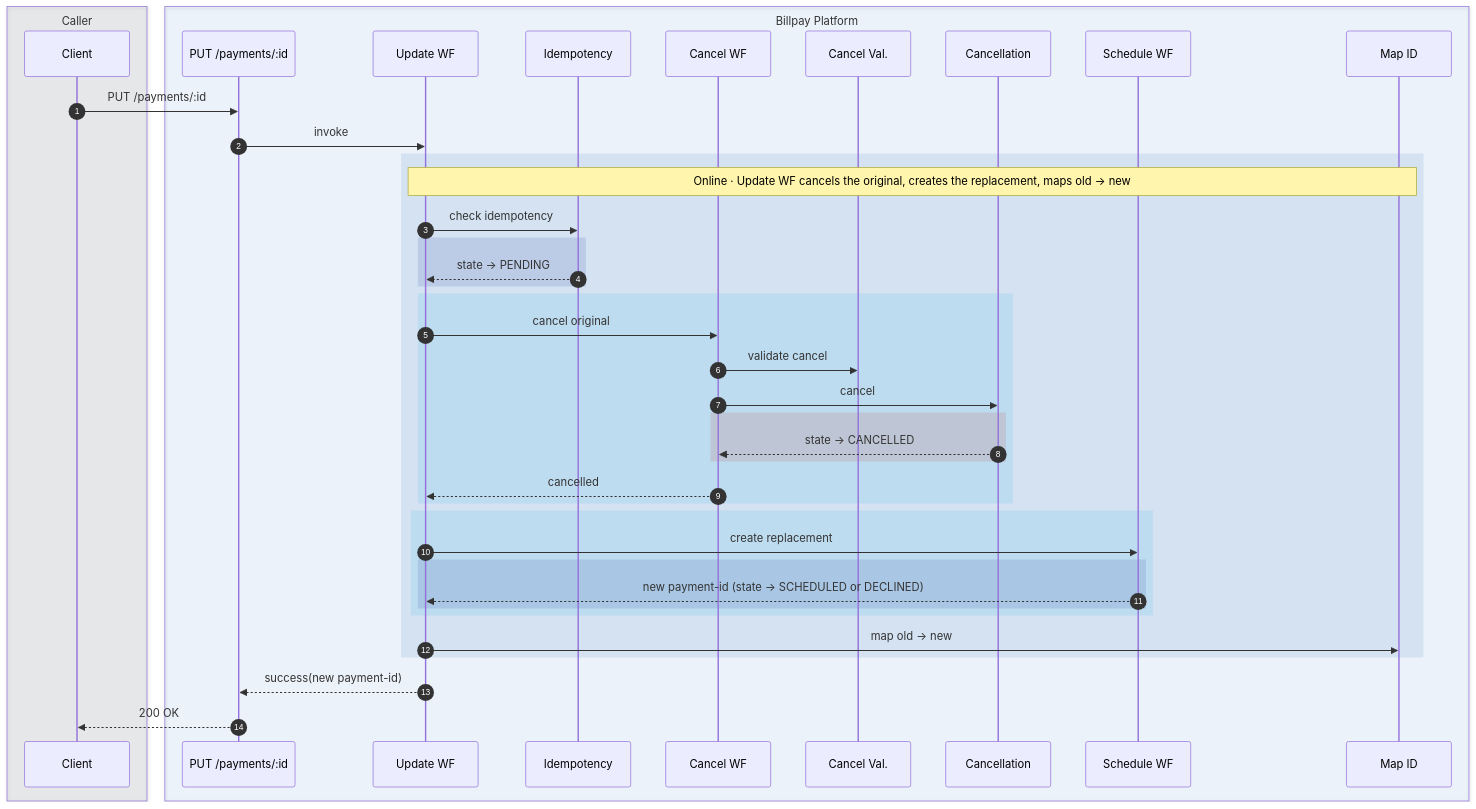
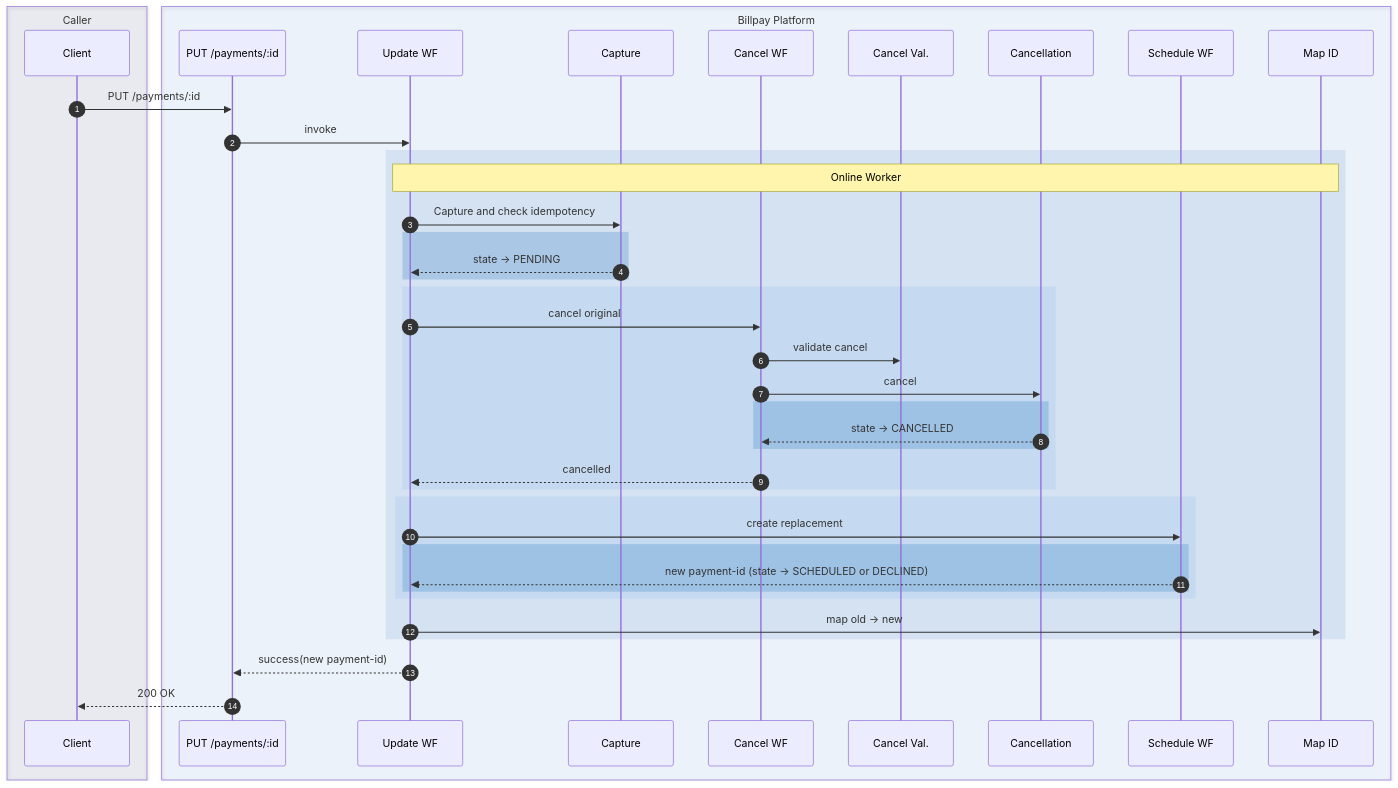
One commit to arunav-bhattacharya/billpay-book changed the fifth of 12 diagrams in website/docs/design/diagrams/sequence-diagram.md. Above: the diagram before and after it, drawn with Mermaid. The commit also changed other lines of this file and 63 other files, not shown here.

First line of the commit message:
Redraw the sequence diagrams in Amex blue, and make them readable

````diff
--- a/website/docs/design/diagrams/sequence-diagram.md
+++ b/website/docs/design/diagrams/sequence-diagram.md
@@ -405,52 +439,60 @@
 ```mermaid
+---
+# Sans, not the site's mono: it reads better at this size and lays out about
+# 20% narrower. It has to be declared per diagram because Mermaid's global
+# fontFamily is mono for the state diagrams and overrides sequence.*FontFamily.
+config:
+  fontFamily: "BentonSansUI, Helvetica, Arial, sans-serif"
+  fontSize: 15
+---
 sequenceDiagram
   autonumber
 
-  box rgba(111,124,143,0.12) Caller
+  box rgba(0,23,90,0.07) Caller
     participant C as Client
   end
 
   box rgba(1,111,208,0.06) Billpay Platform
     participant API as PUT /payments/:id
     participant U as Update WF
-    participant IDEMP as Idempotency
+    participant IDEMP as Capture
     participant CAN as Cancel WF
     participant PCV as Cancel Val.
     participant PCN as Cancellation
     participant CSP as Schedule WF
     participant MAP as Map ID
   end
 
   C->>API: PUT /payments/:id
   API->>U: invoke
 
   rect rgba(1,91,179,0.10)
-    Note over U,MAP: Online · Update WF cancels the original, creates the replacement, maps old → new
-    U->>IDEMP: check idempotency
-    rect rgba(52,81,158,0.15)
+    Note over U,MAP: Online Worker
+    U->>IDEMP: Capture and check idempotency
+    rect rgba(0,98,182,0.20)
       IDEMP-->>U: state → PENDING
     end
 
-    rect rgba(0,163,224,0.10)
+    rect rgba(96,165,224,0.13)
       U->>CAN: cancel original
       CAN->>PCV: validate cancel
       CAN->>PCN: cancel
-      rect rgba(192,57,43,0.14)
+      rect rgba(0,98,182,0.20)
         PCN-->>CAN: state → CANCELLED
       end
       CAN-->>U: cancelled
     end
 
-    rect rgba(0,163,224,0.10)
+    rect rgba(96,165,224,0.13)
       U->>CSP: create replacement
-      rect rgba(52,81,158,0.15)
+      rect rgba(0,98,182,0.20)
         CSP-->>U: new payment-id (state → SCHEDULED or DECLINED)
       end
     end
 
     U->>MAP: map old → new
   end
 
   U-->>API: success(new payment-id)
   API-->>C: 200 OK
 ```
````
